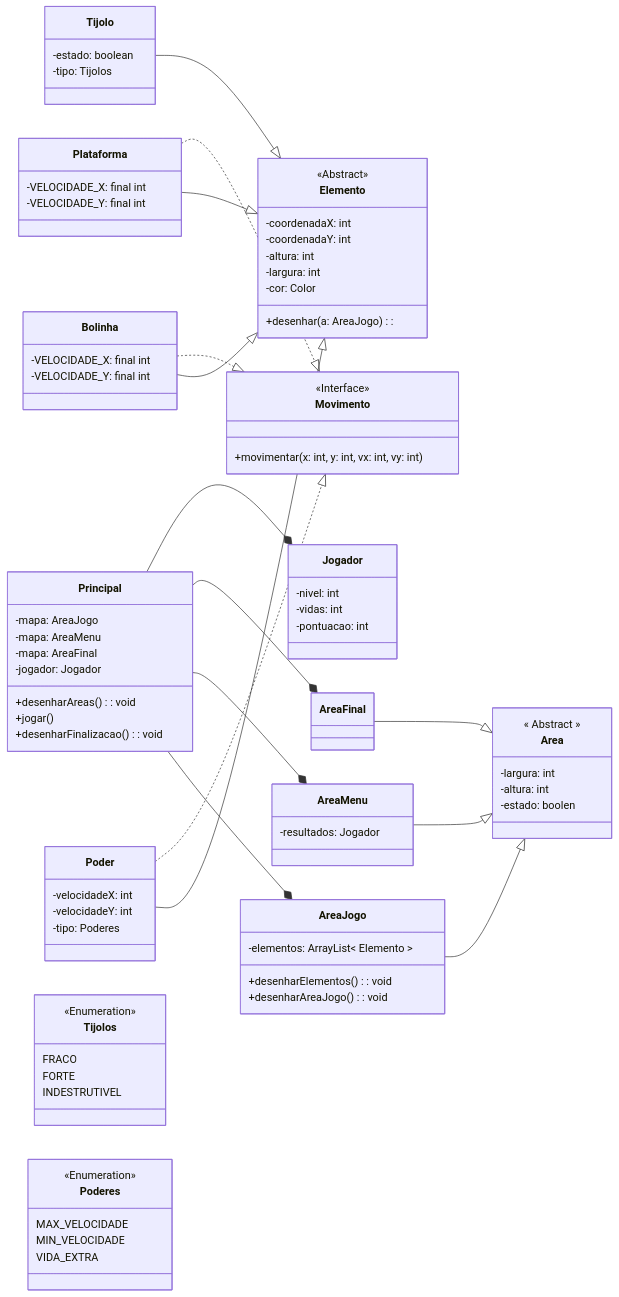
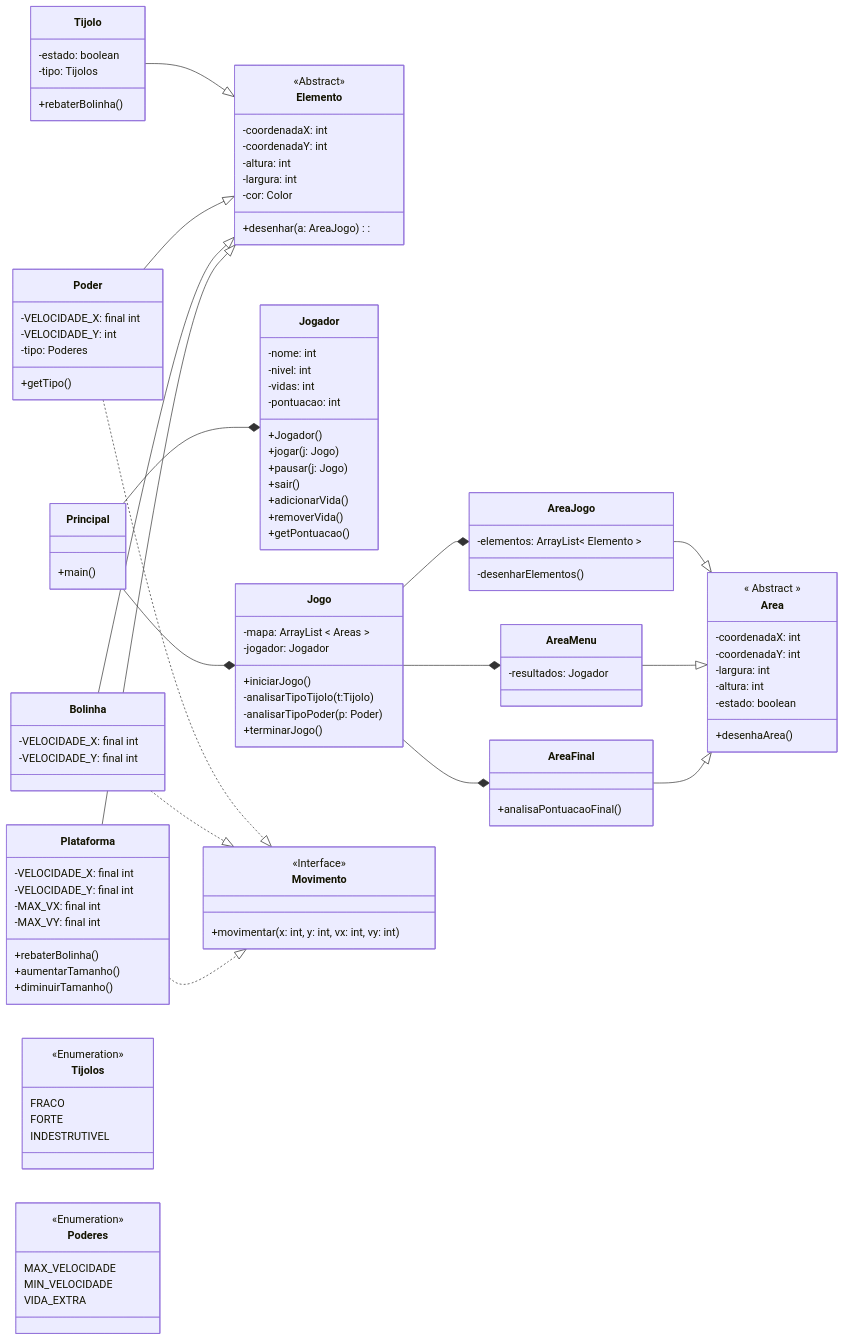
Before and after one commit to luizakuze/POO: the diagram in proj-02/diagrama.md, drawn with Mermaid.

Commit message:
diagrama mais um pouquinho

```diff
--- a/proj-02/diagrama.md
+++ b/proj-02/diagrama.md
@@ -4,20 +4,21 @@
 classDiagram
     direction LR
 
+
+
+
     class Principal {
-        -mapa: AreaJogo
-        -mapa: AreaMenu
-        -mapa: AreaFinal
-        -jogador: Jogador
-        +desenharAreas(): void
-        +jogar()
-        +desenharFinalizacao(): void
+        +main()
     }
 
     class Plataforma{
         -VELOCIDADE_X: final int
         -VELOCIDADE_Y: final int
-        
+        -MAX_VX: final int
+        -MAX_VY: final int
+        +rebaterBolinha()
+        +aumentarTamanho()
+        +diminuirTamanho()
     } 
     
     class Bolinha {
@@ -28,12 +29,14 @@
     class Tijolo {
         -estado: boolean
         -tipo: Tijolos
+        +rebaterBolinha()
     }
 
     class Poder {
-        -velocidadeX: int
-        -velocidadeY: int
+        -VELOCIDADE_X: final int
+        -VELOCIDADE_Y: int
         -tipo: Poderes
+        +getTipo()
     }
 
     class Elemento {
@@ -50,22 +53,32 @@
 
     class Area {
         << Abstract >>
+        -coordenadaX: int
+        -coordenadaY: int
         -largura: int
         -altura: int
-        -estado: boolen
+        -estado: boolean
+        +desenhaArea()
     }
 
     class AreaJogo {
         -elementos: ArrayList< Elemento >
-        +desenharElementos(): void
-        +desenharAreaJogo(): void
-
+        -desenharElementos()
     }
 
     class Jogador {
+        -nome: int
         -nivel: int
         -vidas: int
         -pontuacao: int  
+        +Jogador()
+        +jogar(j: Jogo)
+        +pausar(j: Jogo)
+        +sair()
+        +adicionarVida()
+        +removerVida()
+        +getPontuacao()
+
     }
 
     class AreaMenu {
@@ -73,8 +86,17 @@
     }
 
     class AreaFinal {
+        +analisaPontuacaoFinal()
     }
 
+    class Jogo{
+        -mapa: ArrayList < Areas >
+        -jogador: Jogador
+        +iniciarJogo()
+        -analisarTipoTijolo(t:Tijolo)
+        -analisarTipoPoder(p: Poder)
+        +terminarJogo()
+    }
     class Tijolos {
         <<Enumeration>>
         FRACO
@@ -94,9 +116,9 @@
         +movimentar(x: int, y: int, vx: int, vy: int)
     }
 
-    Tijolo --|> Elemento 
-    Poder --|> Elemento 
-    Bolinha --|> Elemento 
+    Tijolo --|> Elemento
+    Poder --|> Elemento
+    Bolinha --|> Elemento
     Plataforma --|> Elemento
 
     Poder ..|> Movimento 
@@ -107,11 +129,13 @@
     AreaMenu --|> Area 
     AreaFinal --|> Area 
 
-    Principal --* AreaJogo
-    Principal --* AreaMenu
-    Principal --* AreaFinal
+    Principal --* Jogo
     Principal --* Jogador
-    
+
+    Jogo --* AreaJogo
+    Jogo --* AreaMenu
+    Jogo --* AreaFinal
+
 
 
 
```
